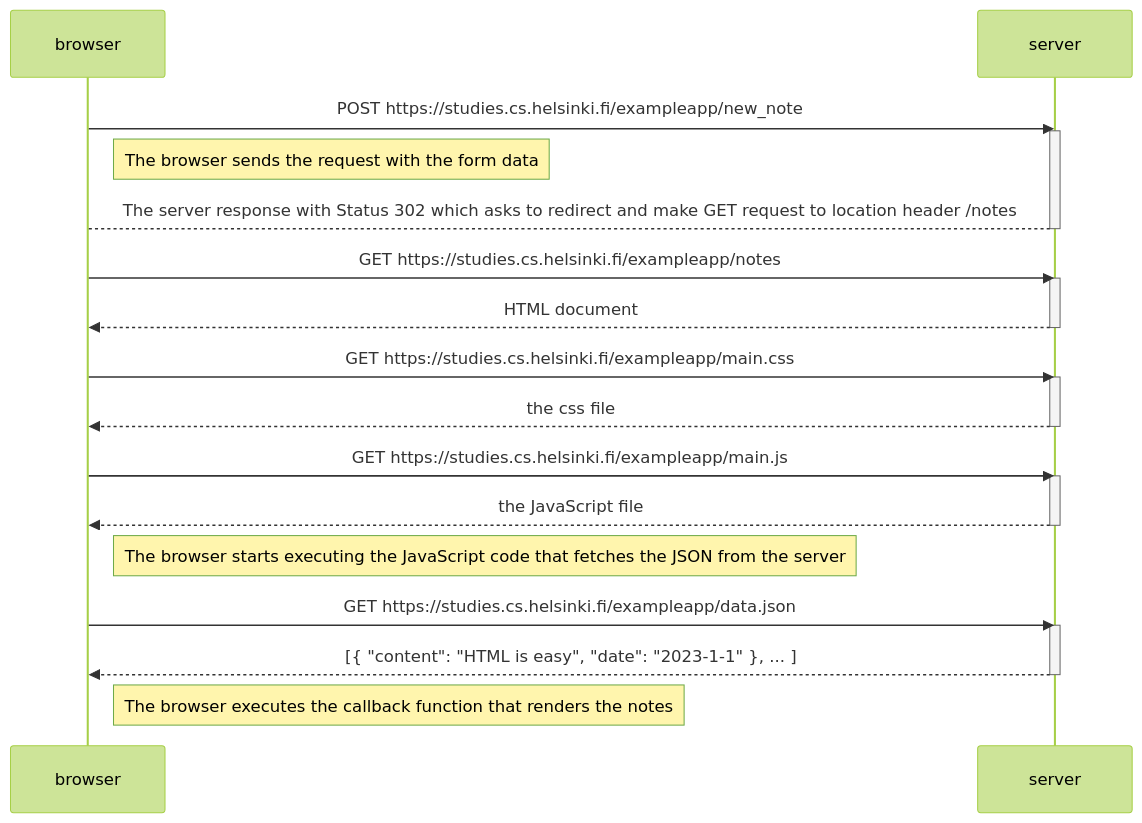
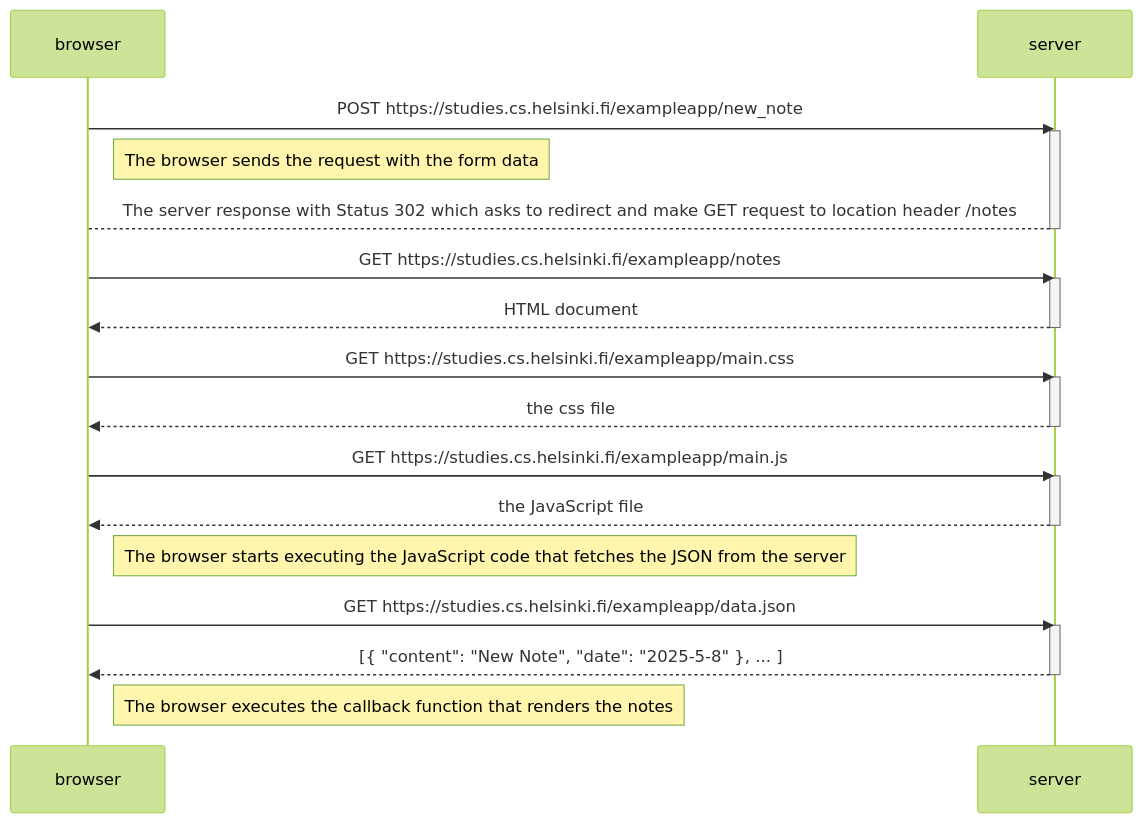
One commit to carlos-dev-research/full-stack-open-course changed the second of 4 diagrams in part0/sequenceDiagrams.md. Above: the diagram before and after it, drawn with Mermaid (forest theme). The commit also changed other lines of this file, not shown here.

````diff
--- a/part0/sequenceDiagrams.md
+++ b/part0/sequenceDiagrams.md
@@ -33,35 +33,35 @@
 ```mermaid
 sequenceDiagram
     participant browser
     participant server
 
     browser->>server: POST https://studies.cs.helsinki.fi/exampleapp/new_note
     activate server
     Note right of browser: The browser sends the request with the form data
     server-->browser: The server response with Status 302 which asks to redirect and make GET request to location header /notes
     deactivate server
 
     browser->>server: GET https://studies.cs.helsinki.fi/exampleapp/notes
     activate server
     server-->>browser: HTML document
     deactivate server
 
     browser->>server: GET https://studies.cs.helsinki.fi/exampleapp/main.css
     activate server
     server-->>browser: the css file
     deactivate server
 
     browser->>server: GET https://studies.cs.helsinki.fi/exampleapp/main.js
     activate server
     server-->>browser: the JavaScript file
     deactivate server
 
     Note right of browser: The browser starts executing the JavaScript code that fetches the JSON from the server
 
     browser->>server: GET https://studies.cs.helsinki.fi/exampleapp/data.json
     activate server
-    server-->>browser: [{ "content": "HTML is easy", "date": "2023-1-1" }, ... ]
+    server-->>browser: [{ "content": "New Note", "date": "2025-5-8" }, ... ]
     deactivate server
 
     Note right of browser: The browser executes the callback function that renders the notes
 ```
````
